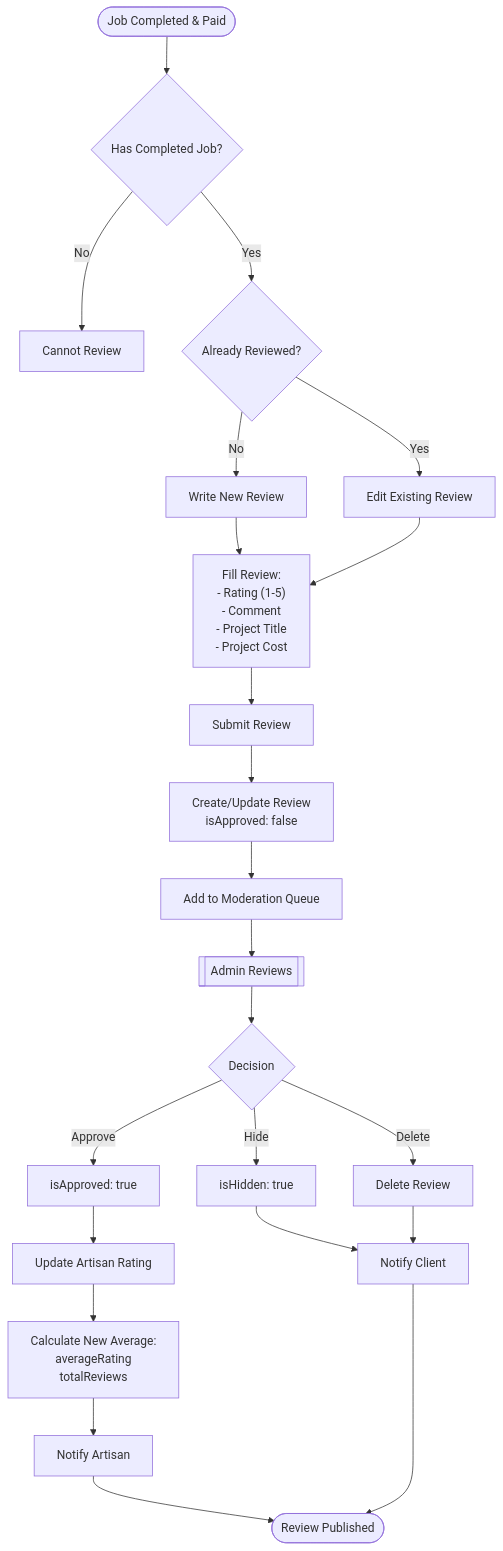
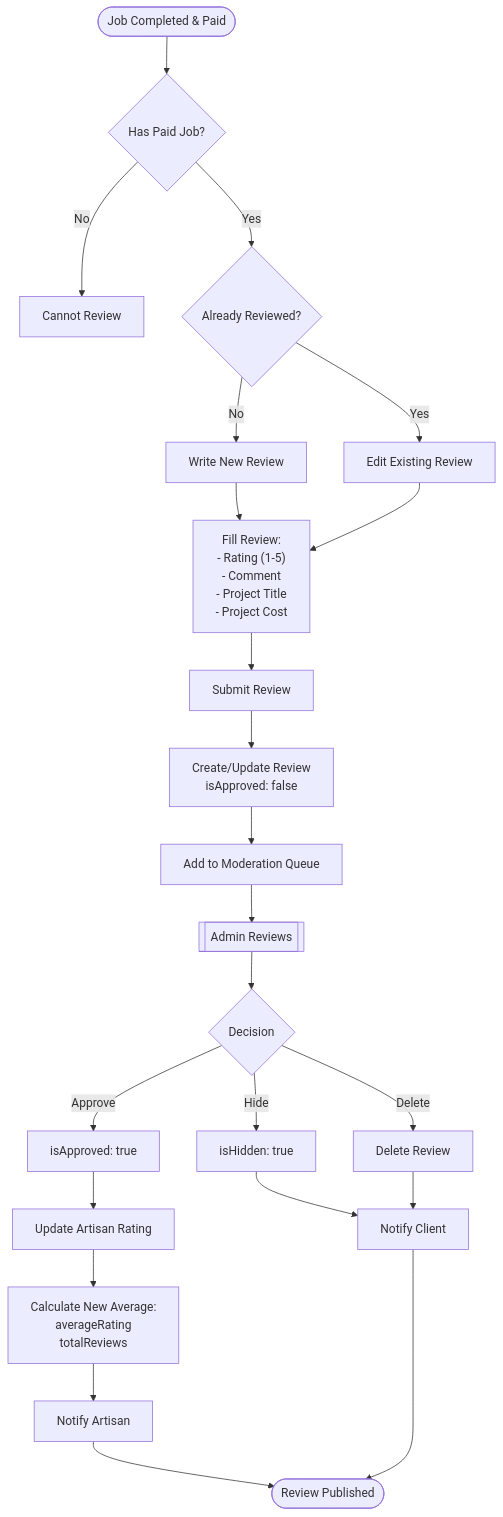
Diagram 11 of 15 in docs/FLOWCHARTS.md (Mont3ll/ArtisanLink), drawn with Mermaid before and after one commit. The commit also changed other lines of this file and 23 other files, not shown here.

First line of the commit message:
fix: multi-flow audit — 11 fixes, subscription gating, messaging attachments, admin doc preview

````diff
--- a/docs/FLOWCHARTS.md
+++ b/docs/FLOWCHARTS.md
@@ -417,34 +419,34 @@
 ```mermaid
 flowchart TD
-    Start([Job Completed & Paid]) --> CanReview{Has Completed Job?}
+    Start([Job Completed & Paid]) --> CanReview{Has Paid Job?}
     
     CanReview -->|No| NoReview[Cannot Review]
     CanReview -->|Yes| CheckExisting{Already Reviewed?}
     
     CheckExisting -->|Yes| EditReview[Edit Existing Review]
     CheckExisting -->|No| WriteReview[Write New Review]
     
     WriteReview --> FillForm["Fill Review:<br/>- Rating (1-5)<br/>- Comment<br/>- Project Title<br/>- Project Cost"]
     EditReview --> FillForm
     
     FillForm --> Submit[Submit Review]
     Submit --> CreateReview["Create/Update Review<br/>isApproved: false"]
     
     CreateReview --> ModerationQueue[Add to Moderation Queue]
     ModerationQueue --> AdminReview[[Admin Reviews]]
     
     AdminReview --> Decision{Decision}
     Decision -->|Approve| Approve["isApproved: true"]
     Decision -->|Hide| Hide["isHidden: true"]
     Decision -->|Delete| Delete[Delete Review]
     
     Approve --> UpdateRating[Update Artisan Rating]
     UpdateRating --> CalculateAvg["Calculate New Average:<br/>averageRating<br/>totalReviews"]
     
     CalculateAvg --> NotifyArtisan[Notify Artisan]
     NotifyArtisan --> End([Review Published])
     
     Hide --> NotifyClient[Notify Client]
     Delete --> NotifyClient
     NotifyClient --> End
 ```
````
